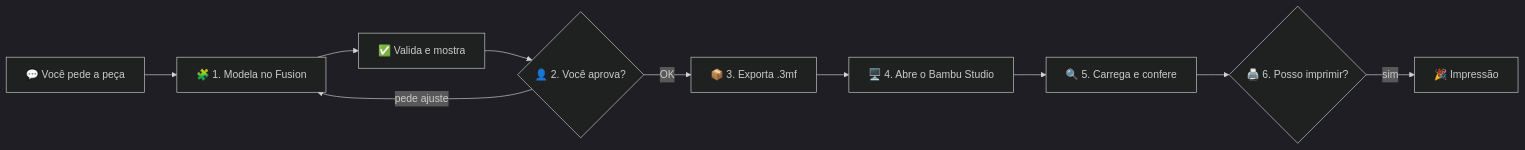
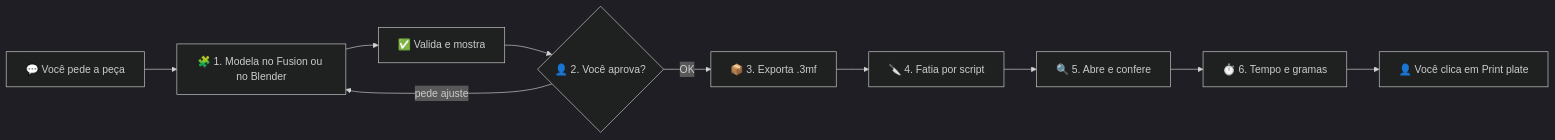
Before and after one commit to Grolla05/Generate-bambu: the diagram in README.md, drawn with Mermaid (dark theme). The commit also changed other lines of this file and 35 other files, not shown here.

First line of the commit message:
feat: fatiar por CLI e modelar também no Blender (v3.0.0)

````diff
--- a/README.md
+++ b/README.md
@@ -49,12 +49,12 @@
 ```mermaid
 flowchart LR
-    A["💬 Você pede a peça"] --> B["🧩 1. Modela no Fusion"]
+    A["💬 Você pede a peça"] --> B["🧩 1. Modela no Fusion ou no Blender"]
     B --> C["✅ Valida e mostra"]
     C --> D{"👤 2. Você aprova?"}
     D -- "pede ajuste" --> B
     D -- "OK" --> E["📦 3. Exporta .3mf"]
-    E --> F["🖥️ 4. Abre o Bambu Studio"]
-    F --> G["🔍 5. Carrega e confere"]
-    G --> H{"🖨️ 6. Posso imprimir?"}
-    H -- "sim" --> I["🎉 Impressão"]
+    E --> F["🔪 4. Fatia por script"]
+    F --> G["🔍 5. Abre e confere"]
+    G --> H["⏱️ 6. Tempo e gramas"]
+    H --> I["👤 Você clica em Print plate"]
 ```
````
